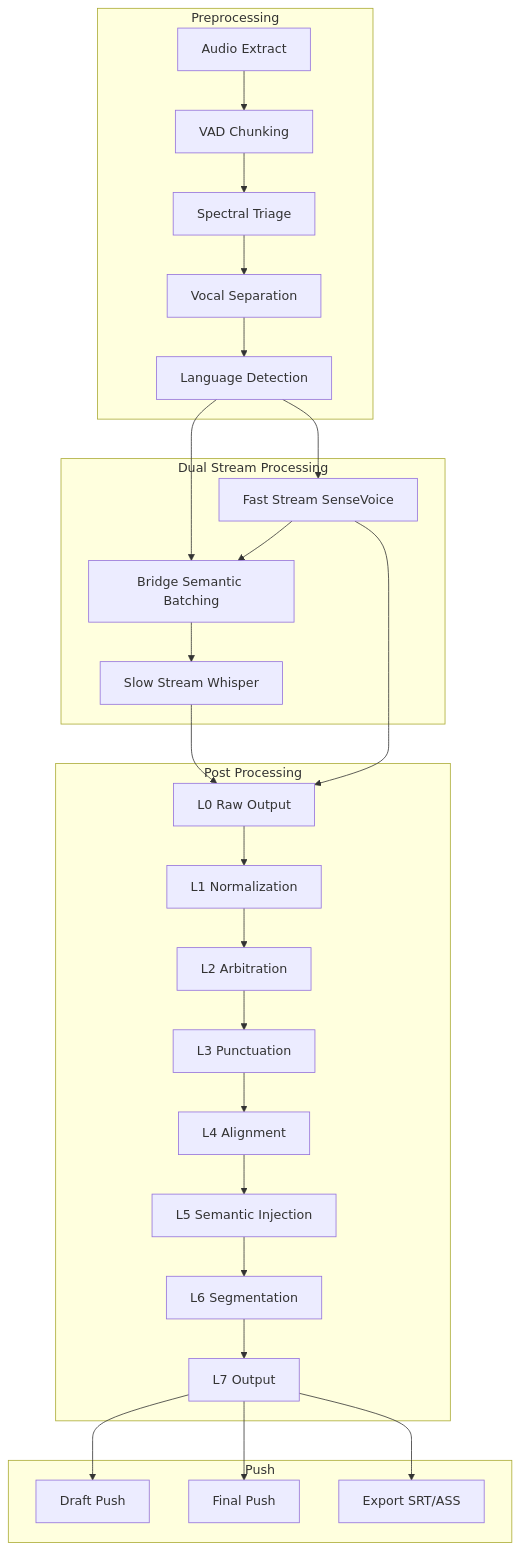
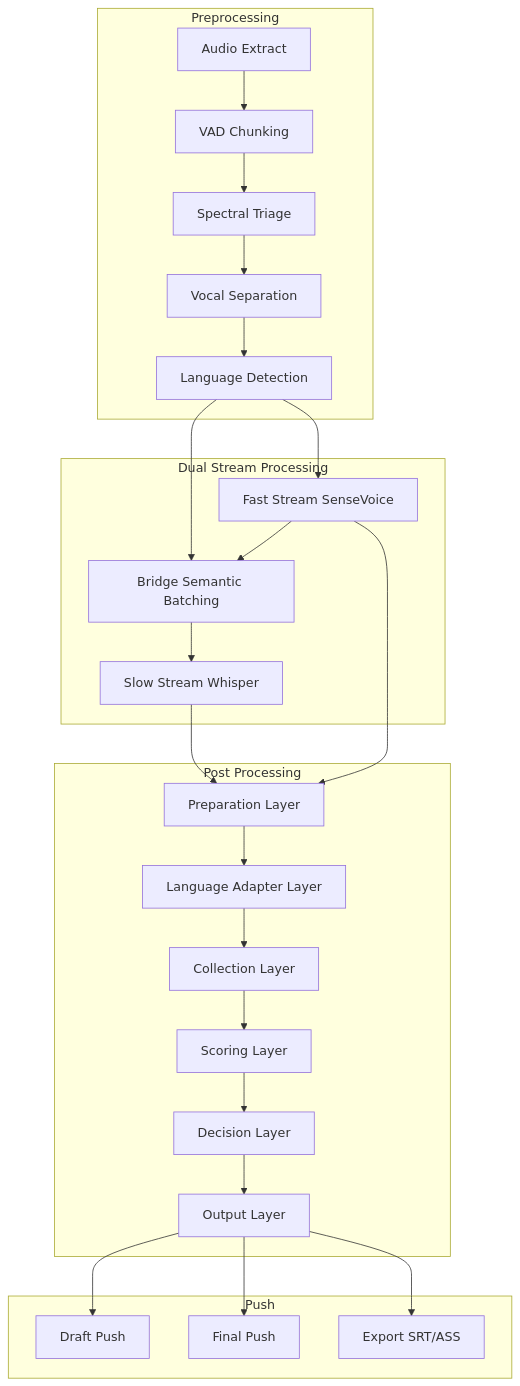
Before and after one commit to CommentOut64/video_to_srt: the diagram in README_en.md, drawn with Mermaid. The commit also changed other lines of this file and 3 other files, not shown here.

````diff
--- a/README_en.md
+++ b/README_en.md
@@ -180,39 +147,37 @@
 ```mermaid
 flowchart TB
     subgraph Preprocessing
         A[Audio Extract] --> B[VAD Chunking]
         B --> C[Spectral Triage]
         C --> D[Vocal Separation]
         D --> E[Language Detection]
     end
 
     subgraph Dual Stream Processing
         E --> F[Fast Stream SenseVoice]
         E --> G[Bridge Semantic Batching]
         F --> G
         G --> H[Slow Stream Whisper]
     end
 
-    H --> L0
-    F --> L0
+    H --> P0
+    F --> P0
 
     subgraph Post Processing
-        L0[L0 Raw Output] --> L1[L1 Normalization]
-        L1 --> L2[L2 Arbitration]
-        L2 --> L3[L3 Punctuation]
-        L3 --> L4[L4 Alignment]
-        L4 --> L5[L5 Semantic Injection]
-        L5 --> L6[L6 Segmentation]
-        L6 --> L7[L7 Output]
+        P0[Preparation Layer] --> P1[Language Adapter Layer]
+        P1 --> C1[Collection Layer]
+        C1 --> C2[Scoring Layer]
+        C2 --> C3[Decision Layer]
+        C3 --> C4[Output Layer]
     end
 
     subgraph Push
         K[Draft Push]
         L[Final Push]
         M[Export SRT/ASS]
     end
 
-    L7 --> K
-    L7 --> L
-    L7 --> M
+    C4 --> K
+    C4 --> L
+    C4 --> M
 ```
````
